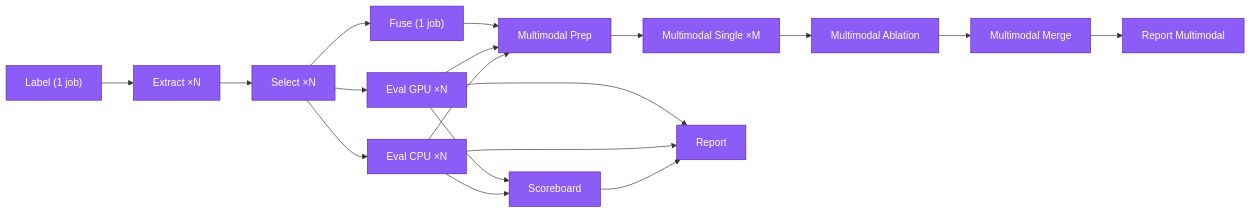
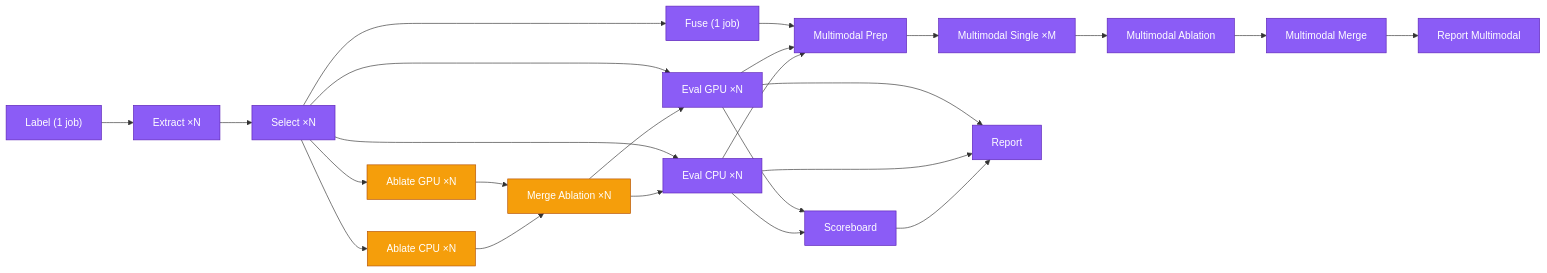
Before and after one commit to msk-access/kreview: the diagram in docs/operations/nextflow.md, drawn with Mermaid. The commit also changed other lines of this file and 24 other files, not shown here.

````diff
--- a/docs/operations/nextflow.md
+++ b/docs/operations/nextflow.md
@@ -39,21 +42,28 @@
 ```mermaid
 graph LR
     classDef step fill:#8b5cf6,stroke:#5b21b6,color:#fff;
+    classDef opt fill:#f59e0b,stroke:#b45309,color:#fff;
     A["Label (1 job)"]:::step --> B["Extract ×N"]:::step
     B --> C["Select ×N"]:::step
-    C --> D["Eval CPU ×N"]:::step
-    C --> E["Eval GPU ×N"]:::step
+    C --> ABL_CPU["Ablate CPU ×N"]:::opt
+    C --> ABL_GPU["Ablate GPU ×N"]:::opt
+    ABL_CPU --> ABL_MERGE["Merge Ablation ×N"]:::opt
+    ABL_GPU --> ABL_MERGE
+    ABL_MERGE --> D["Eval CPU ×N"]:::step
+    ABL_MERGE --> E["Eval GPU ×N"]:::step
+    C --> D
+    C --> E
     C --> F["Fuse (1 job)"]:::step
     D --> S["Scoreboard"]:::step
     E --> S
     D --> MM_PREP["Multimodal Prep"]:::step
     E --> MM_PREP
     F --> MM_PREP
     MM_PREP --> MM_SINGLE["Multimodal Single ×M"]:::step
     MM_SINGLE --> MM_ABLATION["Multimodal Ablation"]:::step
     MM_ABLATION --> MM_MERGE["Multimodal Merge"]:::step
     S --> H["Report"]:::step
     D --> H
     E --> H
     MM_MERGE --> I["Report Multimodal"]:::step
 ```
````
